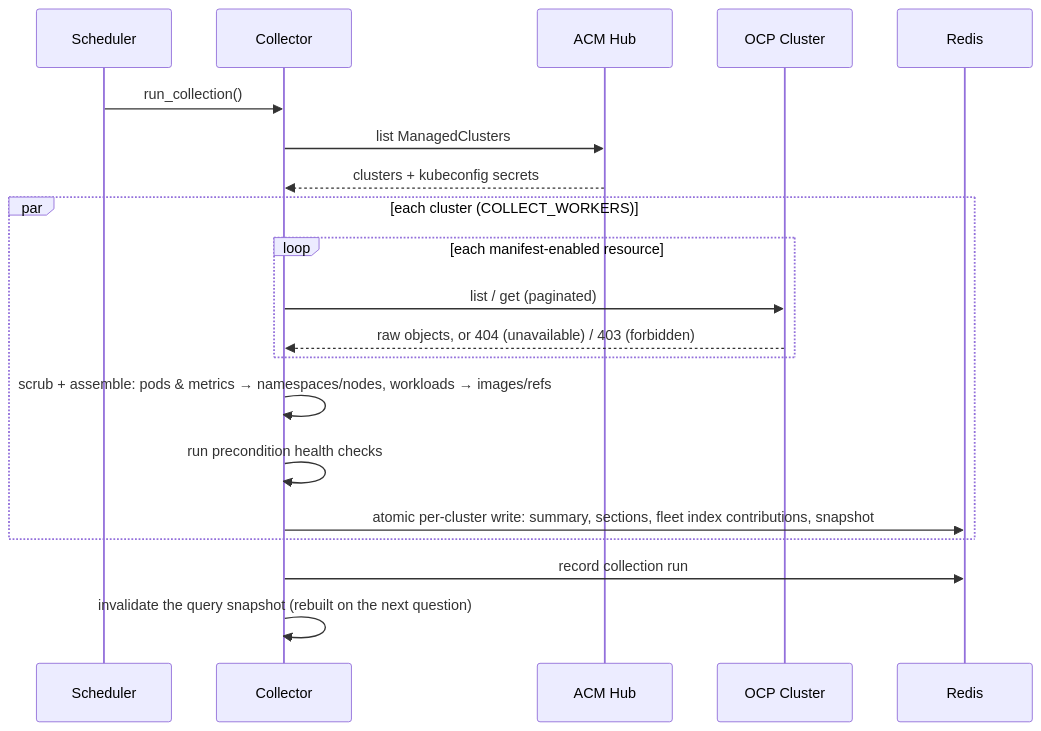
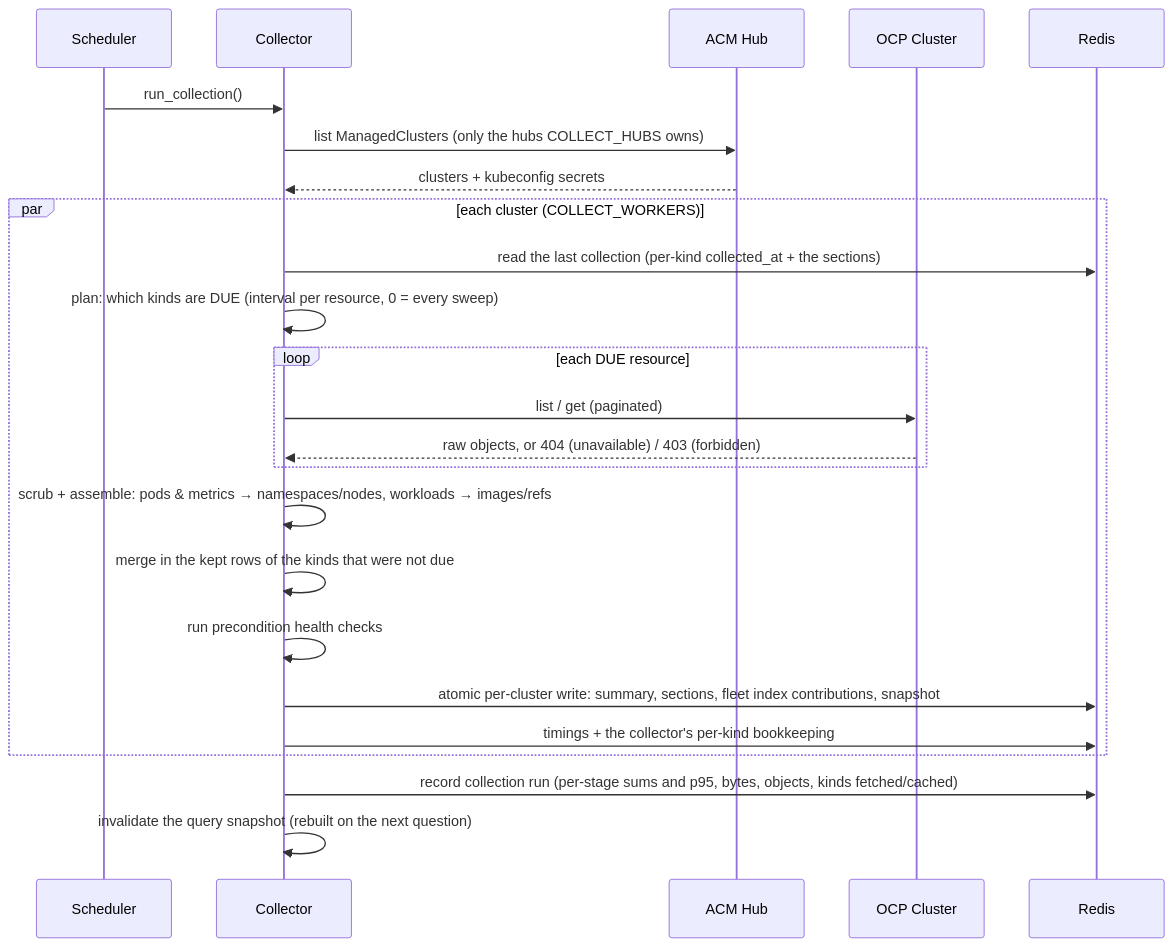
Before and after one commit to aasthapit/Operations-Data-Layer: the second of 6 diagrams in docs/architecture.md, drawn with Mermaid. The commit also changed other lines of this file and 33 other files, not shown here.

First line of the commit message:
Collector performance: hub-owned collectors, tiered intervals, orjson, lazy certificates, stage telemetry

````diff
--- a/docs/architecture.md
+++ b/docs/architecture.md
@@ -69,22 +69,26 @@
 ```mermaid
 sequenceDiagram
   participant S as Scheduler
   participant C as Collector
   participant H as ACM Hub
   participant K as OCP Cluster
   participant R as Redis
   S->>C: run_collection()
-  C->>H: list ManagedClusters
+  C->>H: list ManagedClusters (only the hubs COLLECT_HUBS owns)
   H-->>C: clusters + kubeconfig secrets
   par each cluster (COLLECT_WORKERS)
-    loop each manifest-enabled resource
+    C->>R: read the last collection (per-kind collected_at + the sections)
+    C->>C: plan: which kinds are DUE (interval per resource, 0 = every sweep)
+    loop each DUE resource
       C->>K: list / get (paginated)
       K-->>C: raw objects, or 404 (unavailable) / 403 (forbidden)
     end
     C->>C: scrub + assemble: pods & metrics → namespaces/nodes, workloads → images/refs
+    C->>C: merge in the kept rows of the kinds that were not due
     C->>C: run precondition health checks
     C->>R: atomic per-cluster write: summary, sections, fleet index contributions, snapshot
+    C->>R: timings + the collector's per-kind bookkeeping
   end
-  C->>R: record collection run
+  C->>R: record collection run (per-stage sums and p95, bytes, objects, kinds fetched/cached)
   C->>C: invalidate the query snapshot (rebuilt on the next question)
 ```
````
